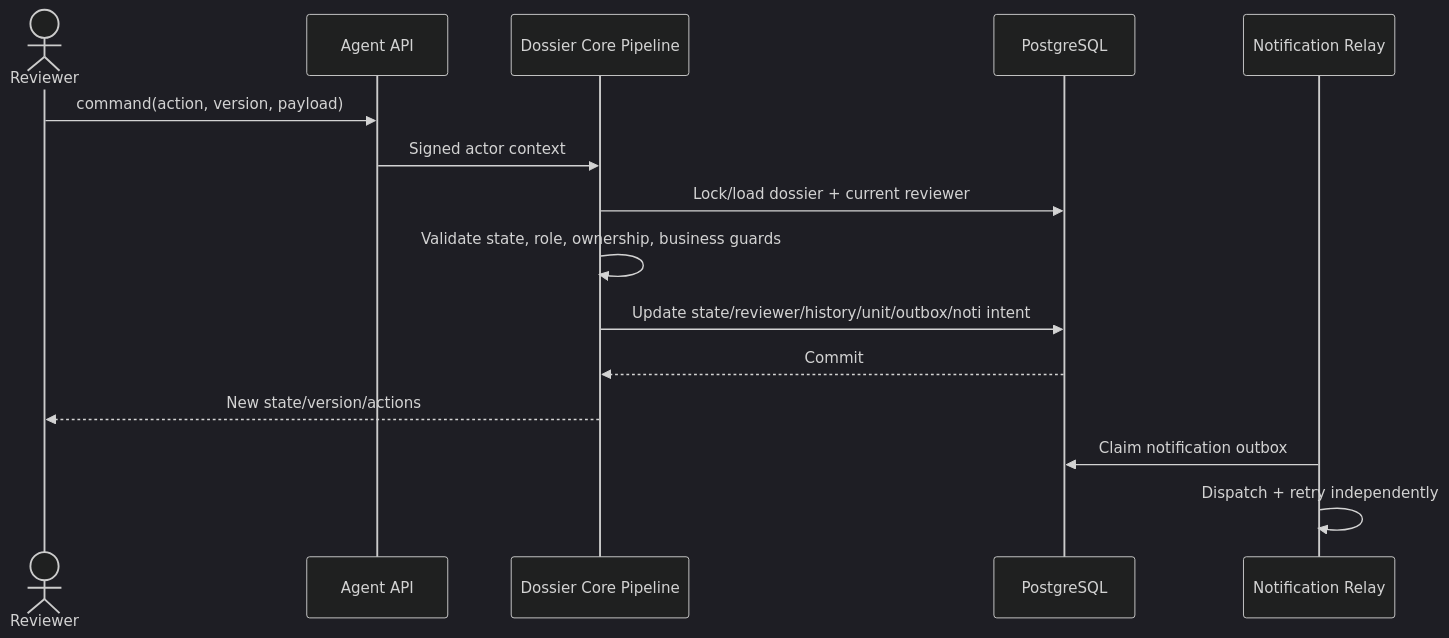
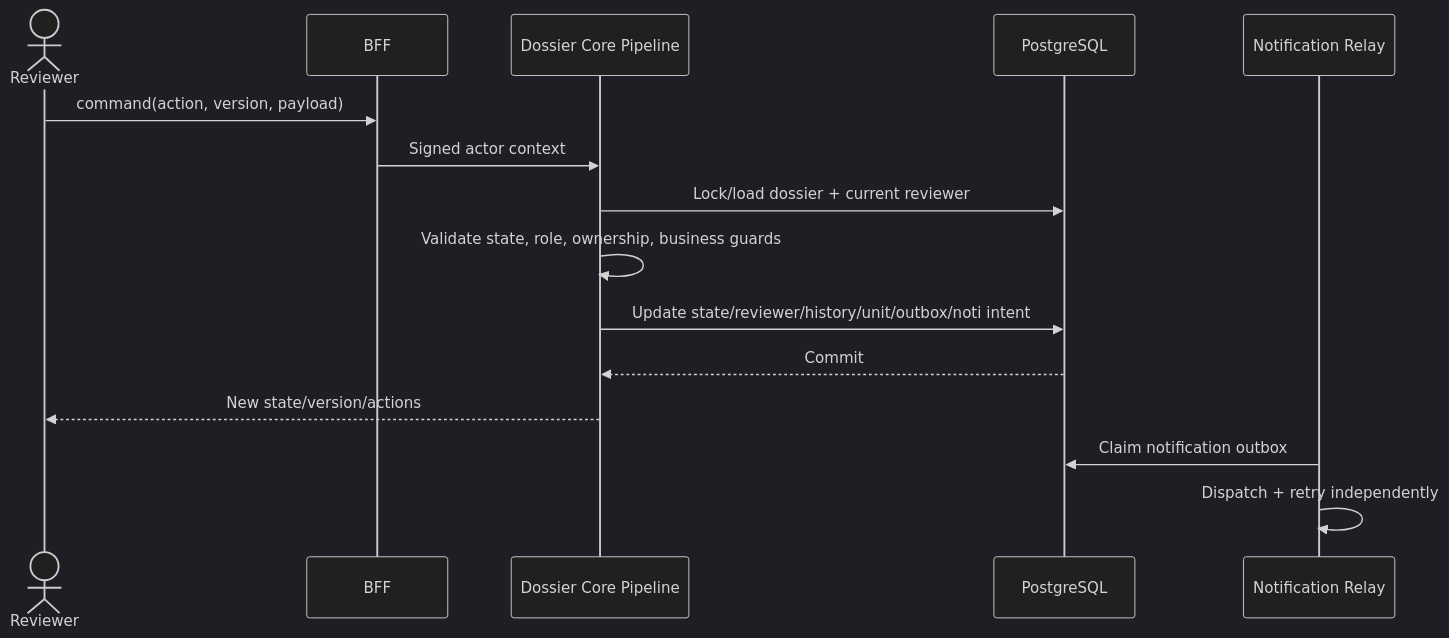
One commit to huynv-xyz/vhm changed the sixth of 8 diagrams in tdd-dossier.md. Above: the diagram before and after it, drawn with Mermaid (dark theme). The commit also changed other lines of this file, not shown here.

````diff
--- a/tdd-dossier.md
+++ b/tdd-dossier.md
@@ -578,18 +586,18 @@
 ```mermaid
 sequenceDiagram
     actor R as Reviewer
-    participant A as Agent API
+    participant A as BFF
     participant C as Dossier Core Pipeline
     participant D as PostgreSQL
     participant N as Notification Relay
 
     R->>A: command(action, version, payload)
     A->>C: Signed actor context
     C->>D: Lock/load dossier + current reviewer
     C->>C: Validate state, role, ownership, business guards
     C->>D: Update state/reviewer/history/unit/outbox/noti intent
     D-->>C: Commit
     C-->>R: New state/version/actions
     N->>D: Claim notification outbox
     N->>N: Dispatch + retry independently
 ```
````
